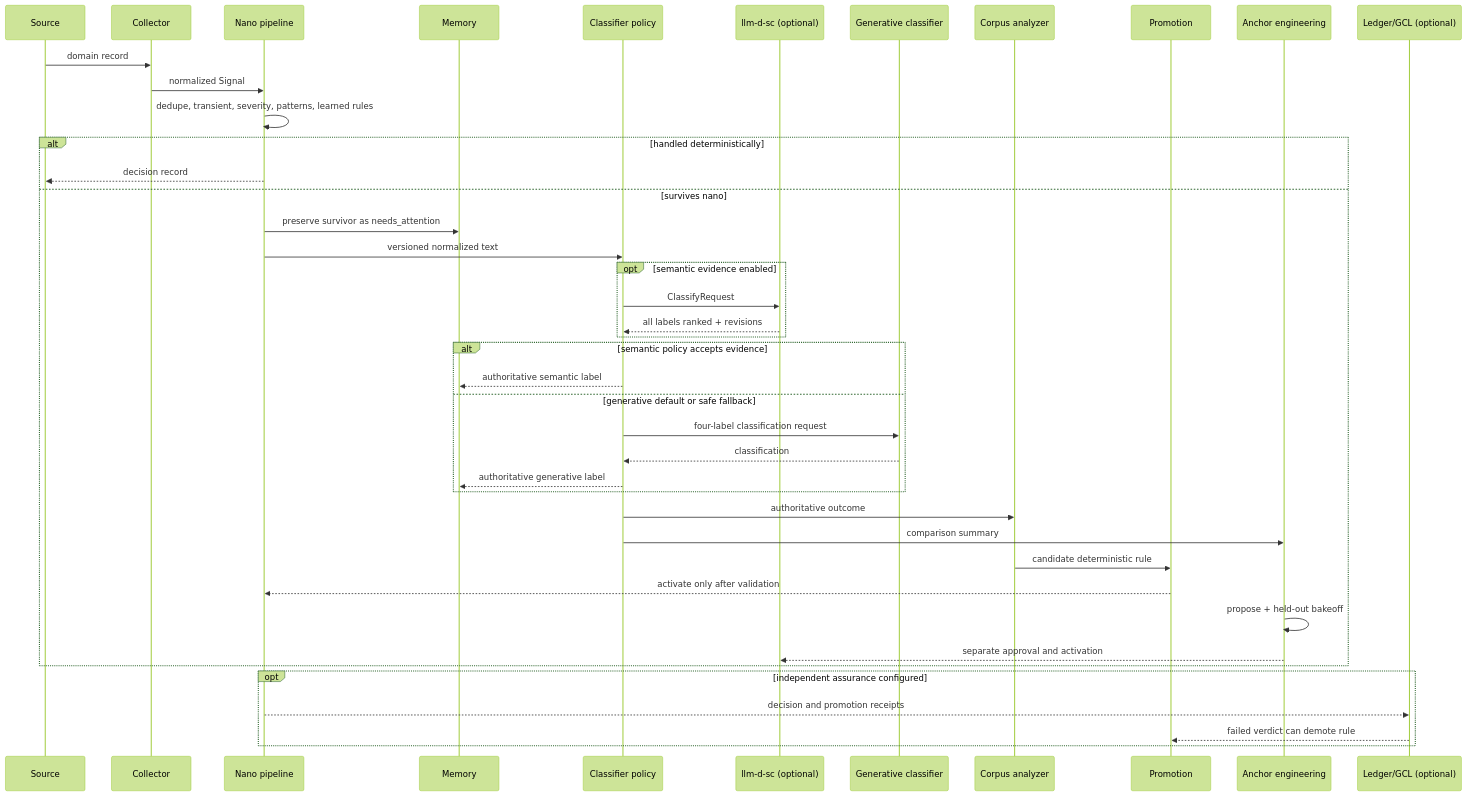
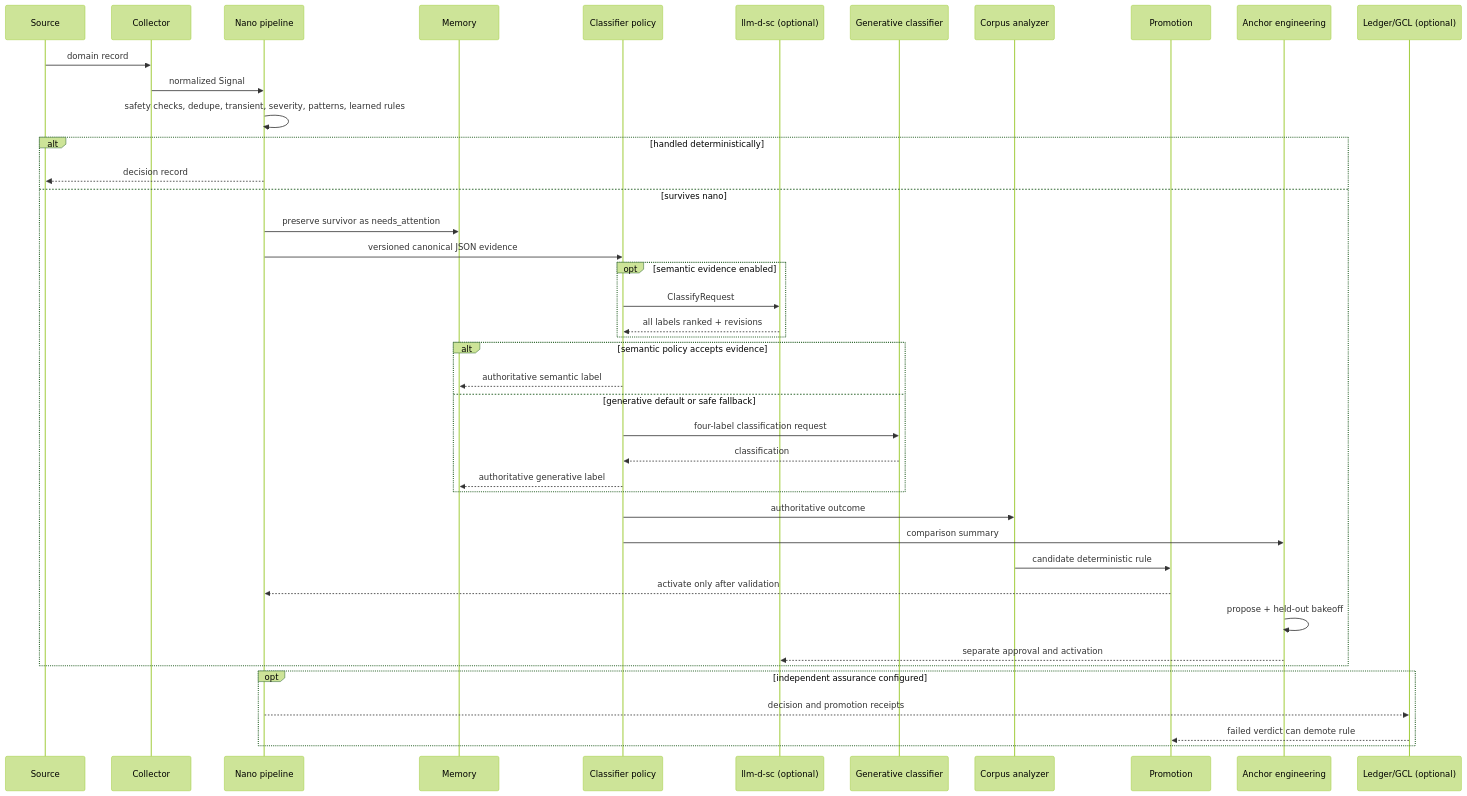
One commit to jkershawrh/cascade-compression changed the diagram in docs/event-workflow.md. Above: the diagram before and after it, drawn with Mermaid (forest theme). The commit also changed other lines of this file and 21 other files, not shown here.

Commit message:
Fix suppression safety and preserve classifier evidence

````diff
--- a/docs/event-workflow.md
+++ b/docs/event-workflow.md
@@ -6,45 +6,45 @@
 ```mermaid
 sequenceDiagram
     participant Source
     participant Collector
     participant Nano as Nano pipeline
     participant Memory
     participant Policy as Classifier policy
     participant SC as llm-d-sc (optional)
     participant LLM as Generative classifier
     participant Corpus as Corpus analyzer
     participant Promotion
     participant Anchors as Anchor engineering
     participant Audit as Ledger/GCL (optional)
 
     Source->>Collector: domain record
     Collector->>Nano: normalized Signal
-    Nano->>Nano: dedupe, transient, severity, patterns, learned rules
+    Nano->>Nano: safety checks, dedupe, transient, severity, patterns, learned rules
     alt handled deterministically
         Nano-->>Source: decision record
     else survives nano
         Nano->>Memory: preserve survivor as needs_attention
-        Nano->>Policy: versioned normalized text
+        Nano->>Policy: versioned canonical JSON evidence
         opt semantic evidence enabled
             Policy->>SC: ClassifyRequest
             SC-->>Policy: all labels ranked + revisions
         end
         alt semantic policy accepts evidence
             Policy-->>Memory: authoritative semantic label
         else generative default or safe fallback
             Policy->>LLM: four-label classification request
             LLM-->>Policy: classification
             Policy-->>Memory: authoritative generative label
         end
         Policy->>Corpus: authoritative outcome
         Policy->>Anchors: comparison summary
         Corpus->>Promotion: candidate deterministic rule
         Promotion-->>Nano: activate only after validation
         Anchors->>Anchors: propose + held-out bakeoff
         Anchors-->>SC: separate approval and activation
     end
     opt independent assurance configured
         Nano-->>Audit: decision and promotion receipts
         Audit-->>Promotion: failed verdict can demote rule
     end
 ```
````
